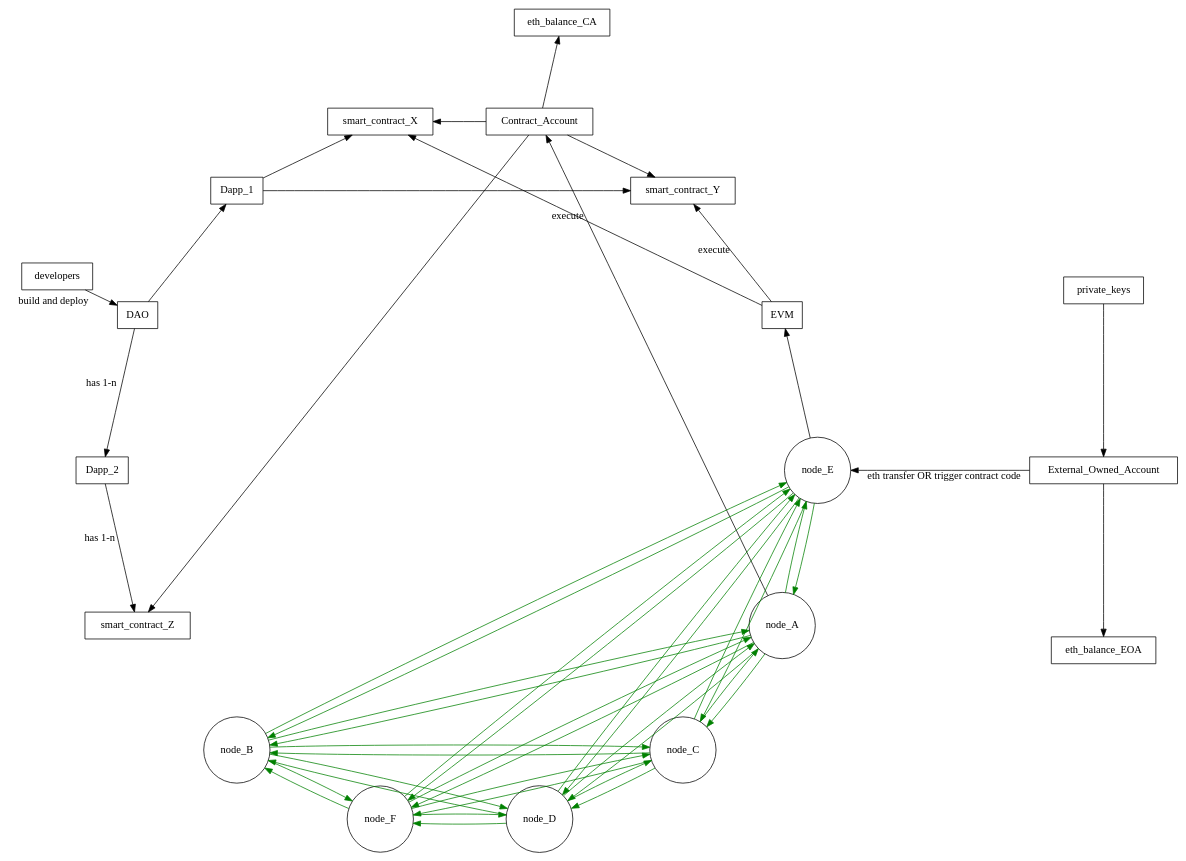
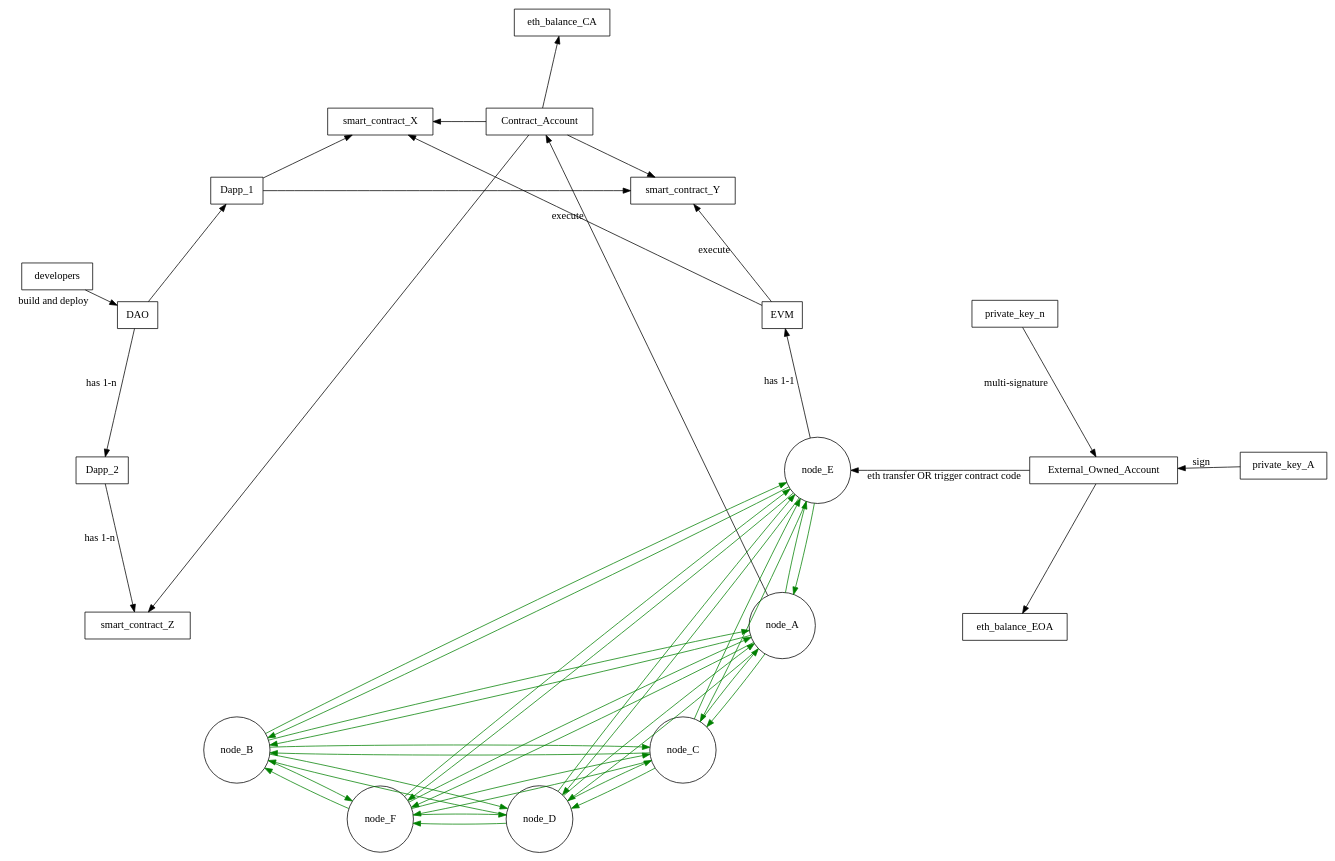
The diagram in ethereum-architecture.dot (manilabay/blockchain-graphs), drawn with Graphviz before and after one commit. The commit also changed 1 other file, not shown here.

Commit message:
multi-signature and 1 EVM per Node

```diff
--- a/ethereum-architecture.dot
+++ b/ethereum-architecture.dot
@@ -1,74 +1,75 @@
 digraph ethereum {
 
   layout="circo";
   node [shape = circle];
 
   node_A -> node_B [color="green"];
   node_A -> node_C [color="green"];
   node_A -> node_D [color="green"];
   node_A -> node_E [color="green"];
   node_A -> node_F [color="green"];
 
   node_B -> node_A [color="green"];
   node_B -> node_C [color="green"];
   node_B -> node_D [color="green"];
   node_B -> node_E [color="green"];
   node_B -> node_F [color="green"];
 
   node_C -> node_A [color="green"];
   node_C -> node_B [color="green"];
   node_C -> node_D [color="green"];
   node_C -> node_E [color="green"];
   node_C -> node_F [color="green"];
 
   node_D -> node_A [color="green"];
   node_D -> node_B [color="green"];
   node_D -> node_C [color="green"];
   node_D -> node_E [color="green"];
   node_D -> node_F [color="green"];
 
   node_E -> node_A [color="green"];
   node_E -> node_B [color="green"];
   node_E -> node_C [color="green"];
   node_E -> node_D [color="green"];
   node_E -> node_F [color="green"];
 
   node_F -> node_A [color="green"];
   node_F -> node_B [color="green"];
   node_F -> node_C [color="green"];
   node_F -> node_D [color="green"];
   node_F -> node_E [color="green"];
 
   rankdir=LR;
   subgraph components_by_node {
 
   layout="dot";
   node [shape = box];
 
-    node_E -> EVM;
+    node_E -> EVM [label="has 1-1"];
     EVM -> smart_contract_X [label="execute"];
     EVM -> smart_contract_Y [label="execute"];
     node_A -> Contract_Account;
     #node_E -> External_Owned_Account;
     Contract_Account -> eth_balance_CA;
     Contract_Account -> smart_contract_X;
     Contract_Account -> smart_contract_Y;
     Contract_Account -> smart_contract_Z;
     External_Owned_Account -> eth_balance_EOA;
     External_Owned_Account -> node_E [label="eth transfer OR trigger contract code"];
 
     #Abstract objects
 
     developers -> DAO [label="build and deploy"];
     DAO -> Dapp_1;
     DAO -> Dapp_2 [label="has 1-n"];
     Dapp_1 -> smart_contract_X;
     Dapp_1 -> smart_contract_Y;
     Dapp_2 -> smart_contract_Z [label="has 1-n"];
 
-    private_keys -> External_Owned_Account;
+    private_key_A -> External_Owned_Account [label="sign"];
+    private_key_n -> External_Owned_Account [label="multi-signature"];
 
 
   }
 
 }
```
